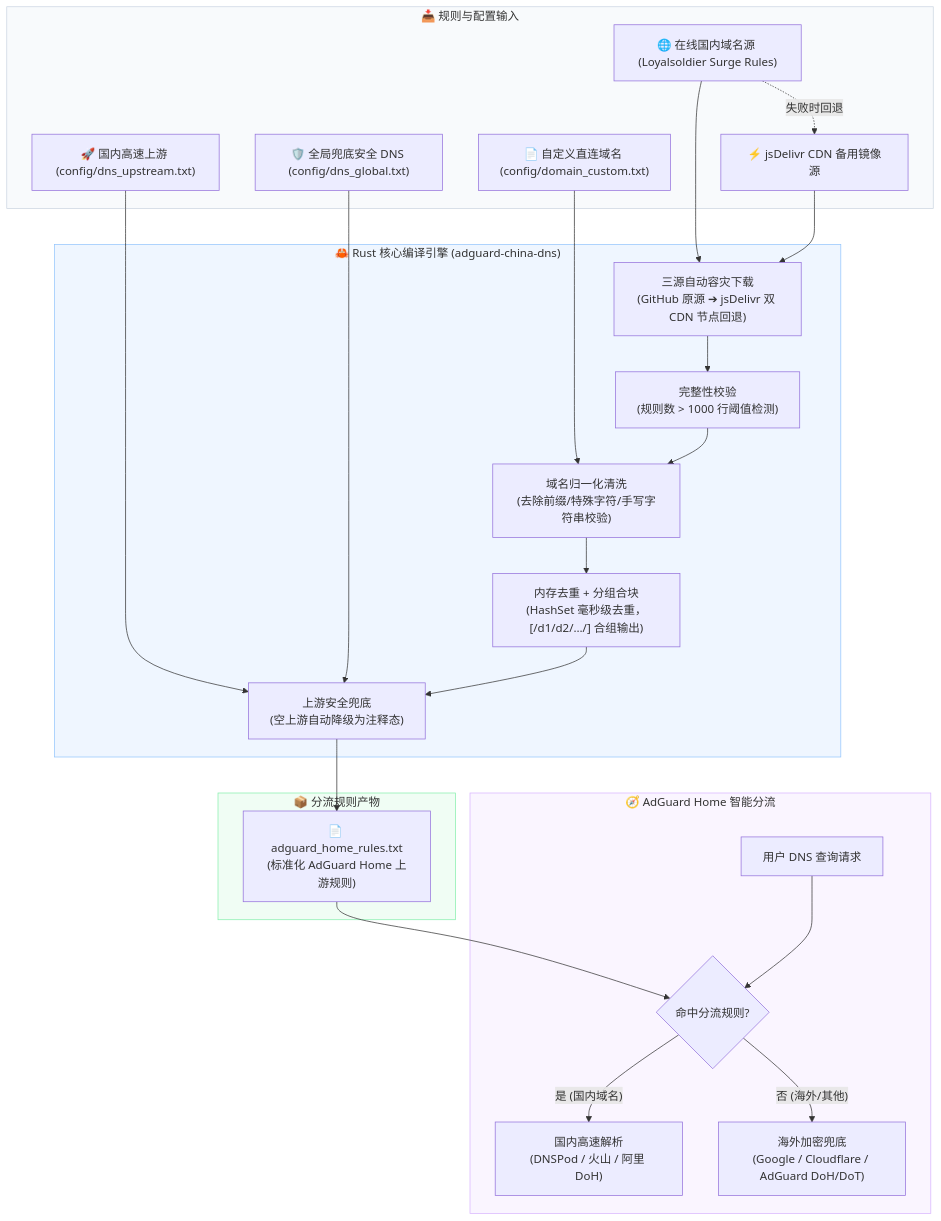
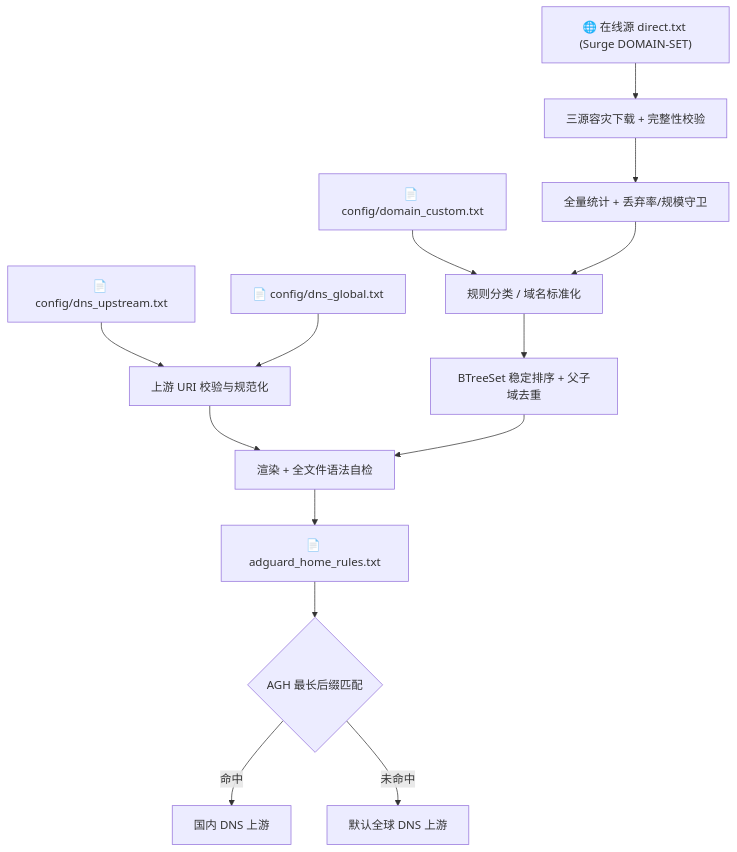
One commit to LianXia233/adguard-china-dns changed the diagram in README.md. Above: the diagram before and after it, drawn with Mermaid. The commit also changed other lines of this file and 21 other files, not shown here.

````diff
--- a/README.md
+++ b/README.md
@@ -53,46 +60,16 @@
 ```mermaid
 flowchart TD
-    subgraph Sources["📥 规则与配置输入"]
-        A1["🌐 在线国内域名源 (Loyalsoldier Surge Rules)"]
-        A2["⚡ jsDelivr CDN 备用镜像源"]
-        B1["📄 自定义直连域名 (config/domain_custom.txt)"]
-        B2["🚀 国内高速上游 (config/dns_upstream.txt)"]
-        B3["🛡️ 全局兜底安全 DNS (config/dns_global.txt)"]
-    end
-
-    subgraph Engine["🦀 Rust 核心编译引擎 (adguard-china-dns)"]
-        C1["三源自动容灾下载<br/>(GitHub 原源 ➔ jsDelivr 双 CDN 节点回退)"]
-        C2["完整性校验<br/>(规则数 > 1000 行阈值检测)"]
-        C3["域名归一化清洗<br/>(去除前缀/特殊字符/手写字符串校验)"]
-        C4["内存去重 + 分组合块<br/>(HashSet 毫秒级去重，[/d1/d2/…/] 合组输出)"]
-        C5["上游安全兜底<br/>(空上游自动降级为注释态)"]
-    end
-
-    subgraph Output["📦 分流规则产物"]
-        D1["📄 adguard_home_rules.txt<br/>(标准化 AdGuard Home 上游规则)"]
-    end
-
-    subgraph Routing["🧭 AdGuard Home 智能分流"]
-        E1["用户 DNS 查询请求"]
-        E2{"命中分流规则?"}
-        E3["国内高速解析<br/>(DNSPod / 火山 / 阿里 DoH)"]
-        E4["海外加密兜底<br/>(Google / Cloudflare / AdGuard DoH/DoT)"]
-    end
-
-    A1 -. 失败时回退 .-> A2
-    A1 --> C1
-    A2 --> C1
-    B1 --> C3
-    B2 --> C5
-    B3 --> C5
-    C1 --> C2 --> C3 --> C4 --> C5 --> D1
-    D1 --> E2
-    E1 --> E2
-    E2 -- 是 (国内域名) --> E3
-    E2 -- 否 (海外/其他) --> E4
-
-    style Sources fill:#f8fafc,stroke:#cbd5e1,stroke-width:1px
-    style Engine fill:#eff6ff,stroke:#93c5fd,stroke-width:1px
-    style Output fill:#f0fdf4,stroke:#86efac,stroke-width:1px
-    style Routing fill:#faf5ff,stroke:#d8b4fe,stroke-width:1px
+    A1["🌐 在线源 direct.txt (Surge DOMAIN-SET)"] --> C1["三源容灾下载 + 完整性校验"]
+    A2["📄 config/domain_custom.txt"] --> C3["规则分类 / 域名标准化"]
+    B1["📄 config/dns_upstream.txt"] --> C5["上游 URI 校验与规范化"]
+    B2["📄 config/dns_global.txt"] --> C5
+    C1 --> C2["全量统计 + 丢弃率/规模守卫"]
+    C2 --> C3
+    C3 --> C4["BTreeSet 稳定排序 + 父子域去重"]
+    C5 --> C6["渲染 + 全文件语法自检"]
+    C4 --> C6
+    C6 --> D1["📄 adguard_home_rules.txt"]
+    D1 --> E{"AGH 最长后缀匹配"}
+    E -- 命中 --> F["国内 DNS 上游"]
+    E -- 未命中 --> G["默认全球 DNS 上游"]
 ```
````
